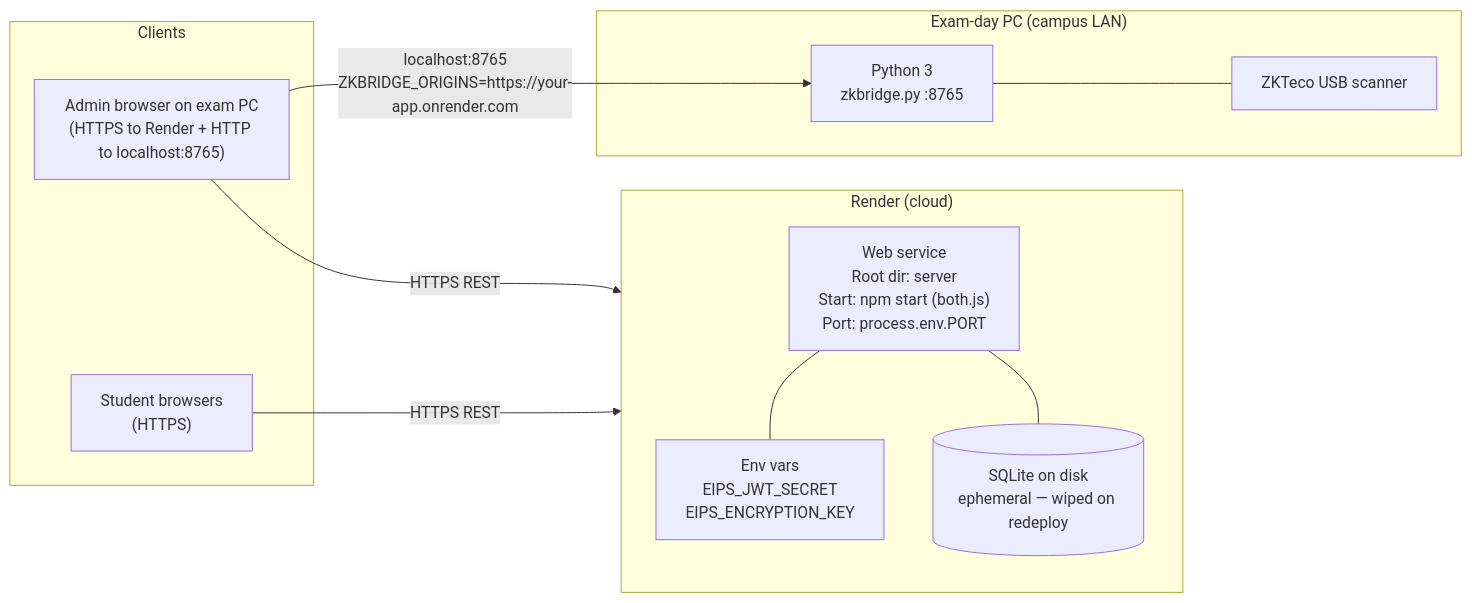
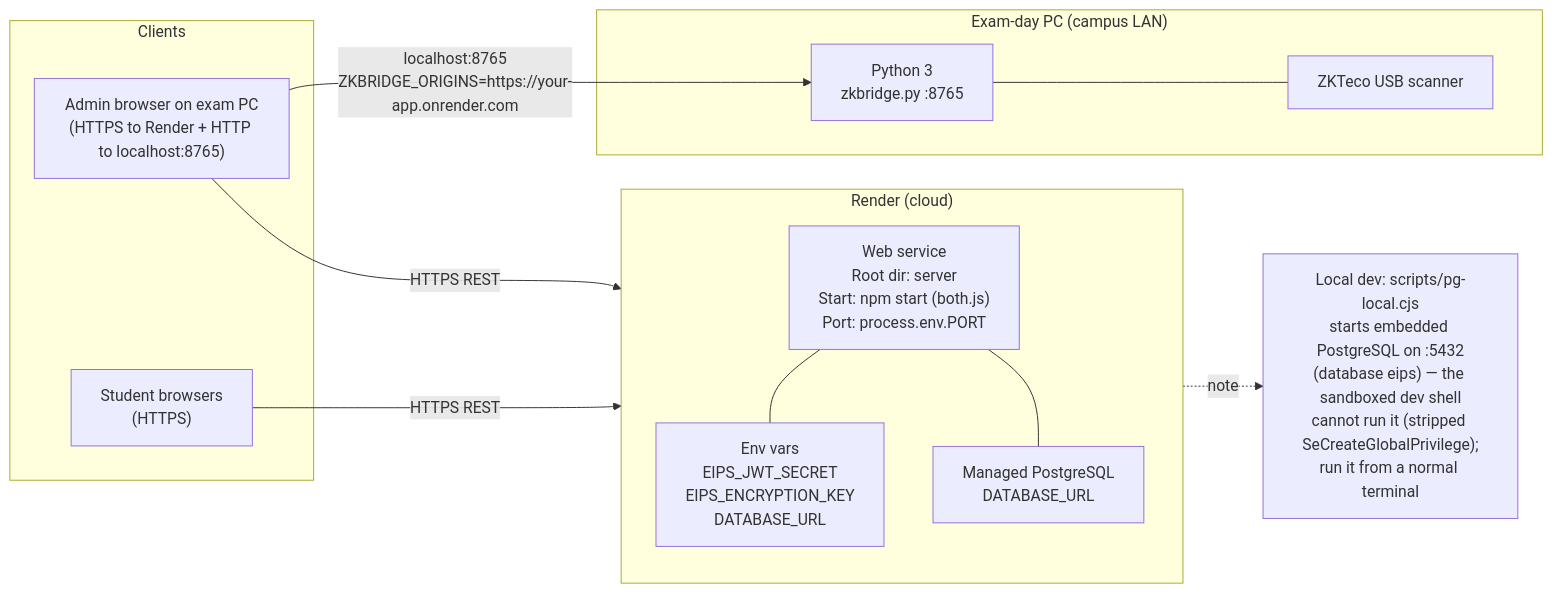
Before and after one commit to Bigwelz/ProjectWork--ImpedeX: the ninth of 9 diagrams in uml-diagrams.md, drawn with Mermaid. The commit also changed other lines of this file and 16 other files, not shown here.

Commit message:
migrated from SQLite to PostgreSQL

````diff
--- a/uml-diagrams.md
+++ b/uml-diagrams.md
@@ -468,26 +468,27 @@
 ```mermaid
 flowchart LR
     subgraph CLOUD["Render (cloud)"]
         direction TB
         WEB["Web service<br/>Root dir: server<br/>Start: npm start (both.js)<br/>Port: process.env.PORT"]
-        ENV["Env vars<br/>EIPS_JWT_SECRET<br/>EIPS_ENCRYPTION_KEY"]
-        DISK[("SQLite on disk<br/>ephemeral — wiped on redeploy")]
+        PGSVC["Managed PostgreSQL<br/>DATABASE_URL"]
+        ENV["Env vars<br/>EIPS_JWT_SECRET<br/>EIPS_ENCRYPTION_KEY<br/>DATABASE_URL"]
         WEB --- ENV
-        WEB --- DISK
+        WEB --- PGSVC
     end
 
     subgraph EXAMPC["Exam-day PC (campus LAN)"]
         PY["Python 3<br/>zkbridge.py :8765"]
         USB["ZKTeco USB scanner"]
         PY --- USB
     end
 
     subgraph CLIENTS["Clients"]
         STU["Student browsers<br/>(HTTPS)"]
         ADMPC["Admin browser on exam PC<br/>(HTTPS to Render + HTTP to localhost:8765)"]
     end
 
     STU -->|HTTPS REST| WEB
     ADMPC -->|HTTPS REST| WEB
     ADMPC -->|localhost:8765<br/>ZKBRIDGE_ORIGINS=https://your-app.onrender.com| PY
+    PGSVC -. note .-> PGLOCAL["Local dev: scripts/pg-local.cjs<br/>starts embedded PostgreSQL on :5432<br/>(database eips) — the sandboxed dev shell<br/>cannot run it (stripped SeCreateGlobalPrivilege);<br/>run it from a normal terminal"]
 ```
````
